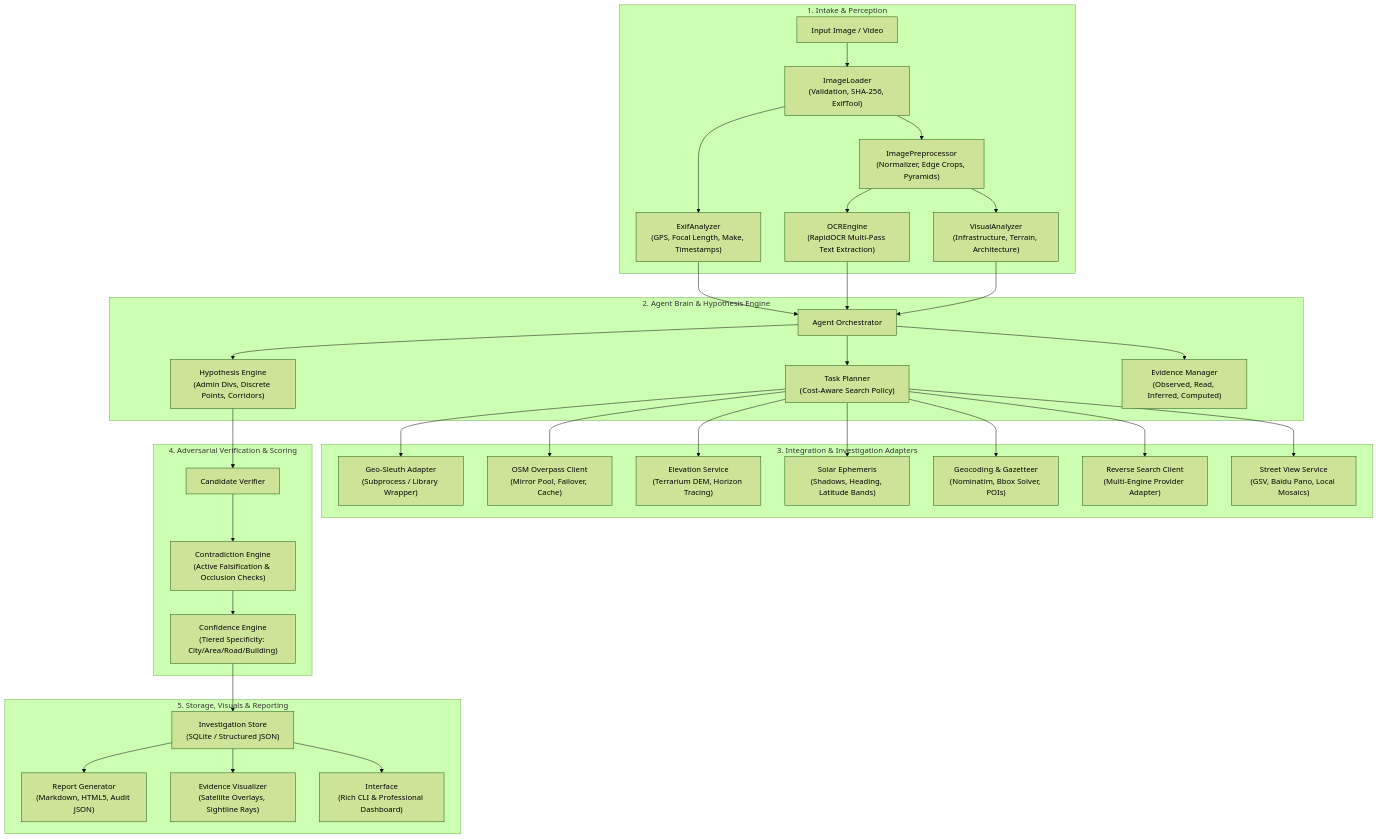
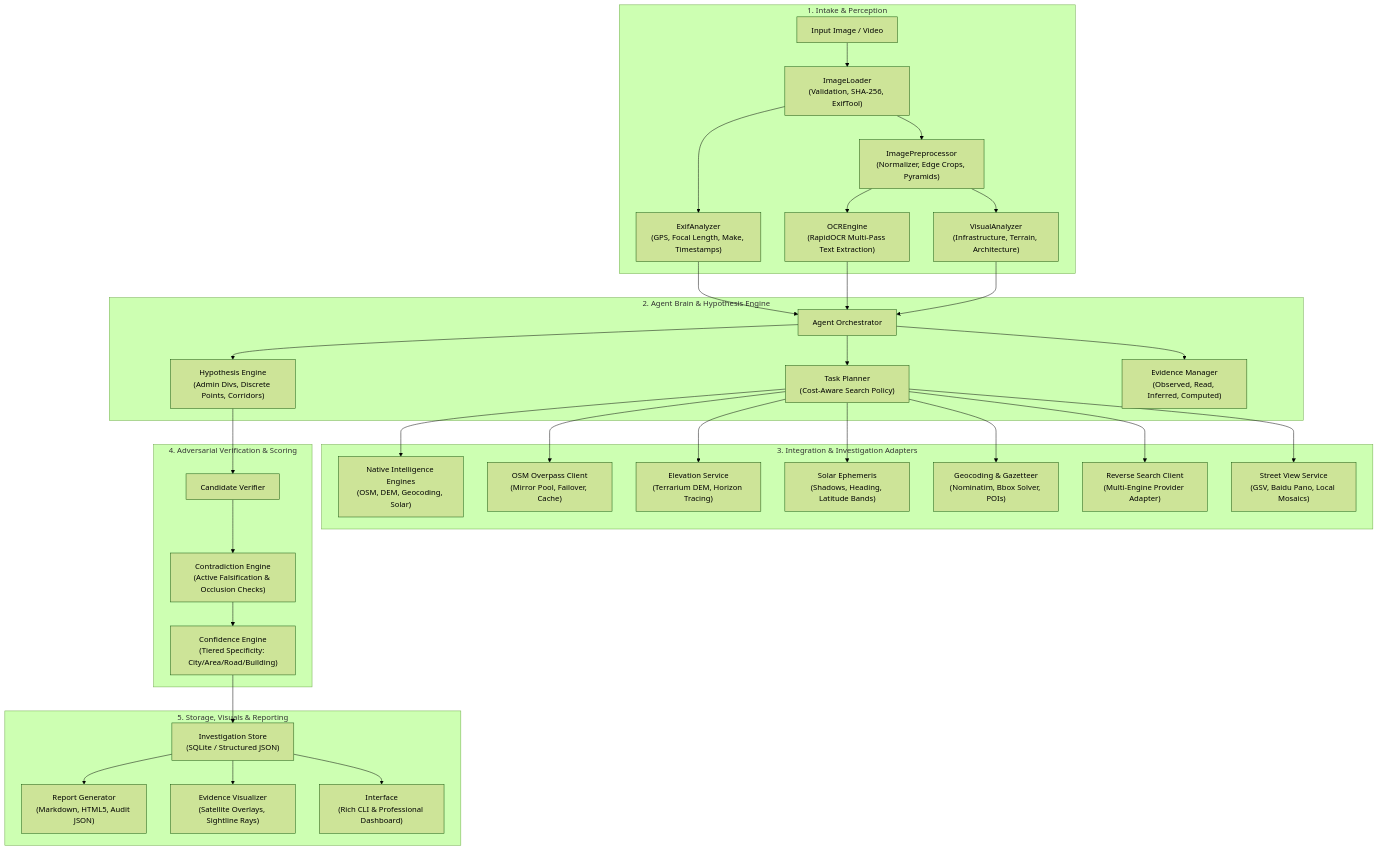
One commit to AIwolfie/Hound changed the diagram in docs/HOUND_ARCHITECTURE.md. Above: the diagram before and after it, drawn with Mermaid (forest theme). The commit also changed other lines of this file and 10 other files, not shown here.

````diff
--- a/docs/HOUND_ARCHITECTURE.md
+++ b/docs/HOUND_ARCHITECTURE.md
@@ -29,40 +29,40 @@
 ```mermaid
 flowchart TD
     subgraph INTAKE ["1. Intake & Perception"]
         IMG["Input Image / Video"] --> LOADER["ImageLoader<br/>(Validation, SHA-256, ExifTool)"]
         LOADER --> PREP["ImagePreprocessor<br/>(Normalizer, Edge Crops, Pyramids)"]
         LOADER --> EXIF["ExifAnalyzer<br/>(GPS, Focal Length, Make, Timestamps)"]
         PREP --> OCR["OCREngine<br/>(RapidOCR Multi-Pass Text Extraction)"]
         PREP --> VISUAL["VisualAnalyzer<br/>(Infrastructure, Terrain, Architecture)"]
     end
 
     subgraph CORE ["2. Agent Brain & Hypothesis Engine"]
         EXIF & OCR & VISUAL --> ORCH["Agent Orchestrator"]
         ORCH --> PLANNER["Task Planner<br/>(Cost-Aware Search Policy)"]
         ORCH --> HYPO["Hypothesis Engine<br/>(Admin Divs, Discrete Points, Corridors)"]
         ORCH --> EVID["Evidence Manager<br/>(Observed, Read, Inferred, Computed)"]
     end
 
     subgraph INTEGRATIONS ["3. Integration & Investigation Adapters"]
-        PLANNER --> GS_ADAPTER["Geo-Sleuth Adapter<br/>(Subprocess / Library Wrapper)"]
+        PLANNER --> NATIVE_ENG["Native Intelligence Engines<br/>(OSM, DEM, Geocoding, Solar)"]
         PLANNER --> OSM_CLIENT["OSM Overpass Client<br/>(Mirror Pool, Failover, Cache)"]
         PLANNER --> TERRAIN_ENG["Elevation Service<br/>(Terrarium DEM, Horizon Tracing)"]
         PLANNER --> SUN_ENG["Solar Ephemeris<br/>(Shadows, Heading, Latitude Bands)"]
         PLANNER --> GEO_SRCH["Geocoding & Gazetteer<br/>(Nominatim, Bbox Solver, POIs)"]
         PLANNER --> REV_IMG["Reverse Search Client<br/>(Multi-Engine Provider Adapter)"]
         PLANNER --> STREET["Street View Service<br/>(GSV, Baidu Pano, Local Mosaics)"]
     end
 
     subgraph VERIFICATION ["4. Adversarial Verification & Scoring"]
         HYPO --> VERIFY["Candidate Verifier"]
         VERIFY --> CONTRA["Contradiction Engine<br/>(Active Falsification & Occlusion Checks)"]
         CONTRA --> CONF["Confidence Engine<br/>(Tiered Specificity: City/Area/Road/Building)"]
     end
 
     subgraph OUTPUT ["5. Storage, Visuals & Reporting"]
         CONF --> STORE["Investigation Store<br/>(SQLite / Structured JSON)"]
         STORE --> REP_GEN["Report Generator<br/>(Markdown, HTML5, Audit JSON)"]
         STORE --> VIZ["Evidence Visualizer<br/>(Satellite Overlays, Sightline Rays)"]
         STORE --> UI["Interface<br/>(Rich CLI & Professional Dashboard)"]
     end
 ```
````
